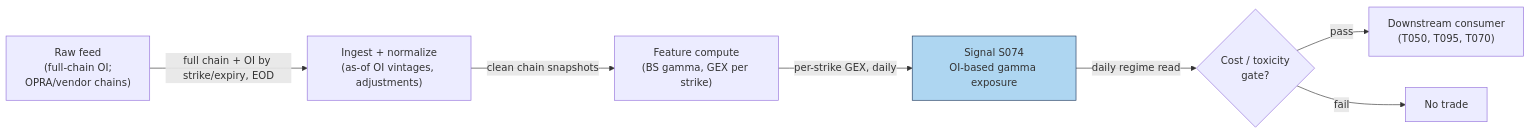
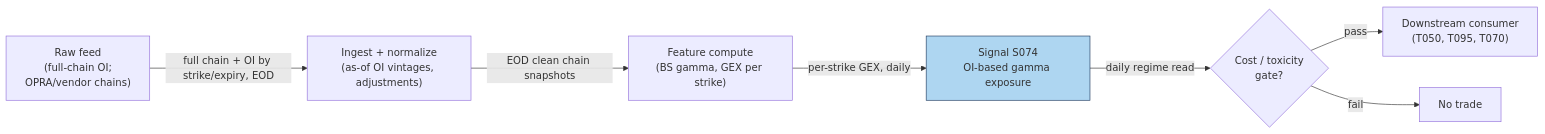
Before and after one commit to praveenguptahcl/quant-signals-deep: the diagram in batches/SB8/S074.md, drawn with Mermaid. The commit also changed other lines of this file and 49 other files, not shown here.

````diff
--- a/batches/SB8/S074.md
+++ b/batches/SB8/S074.md
@@ -162,10 +165,10 @@
 ```mermaid
 flowchart LR
     FEED["Raw feed<br/>(full-chain OI;<br/>OPRA/vendor chains)"] -->|full chain + OI by strike/expiry, EOD| ING["Ingest + normalize<br/>(as-of OI vintages, adjustments)"]
-    ING -->|clean chain snapshots| FEAT["Feature compute<br/>(BS gamma, GEX per strike)"]
+    ING -->|"EOD clean chain snapshots"| FEAT["Feature compute<br/>(BS gamma, GEX per strike)"]
     FEAT -->|per-strike GEX, daily| SIG["Signal S074<br/>OI-based gamma exposure"]
     SIG -->|daily regime read| GATE{"Cost / toxicity<br/>gate?"}
     GATE -->|pass| OUT["Downstream consumer<br/>(T050, T095, T070)"]
     GATE -->|fail| DROP["No trade"]
     style SIG fill:#aed6f1,stroke:#1f3a5f
 ```
````
